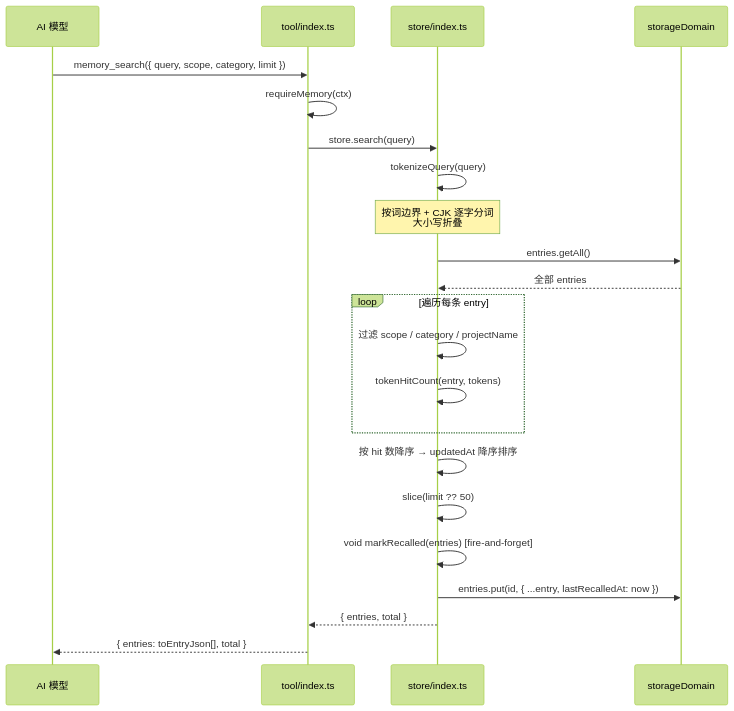
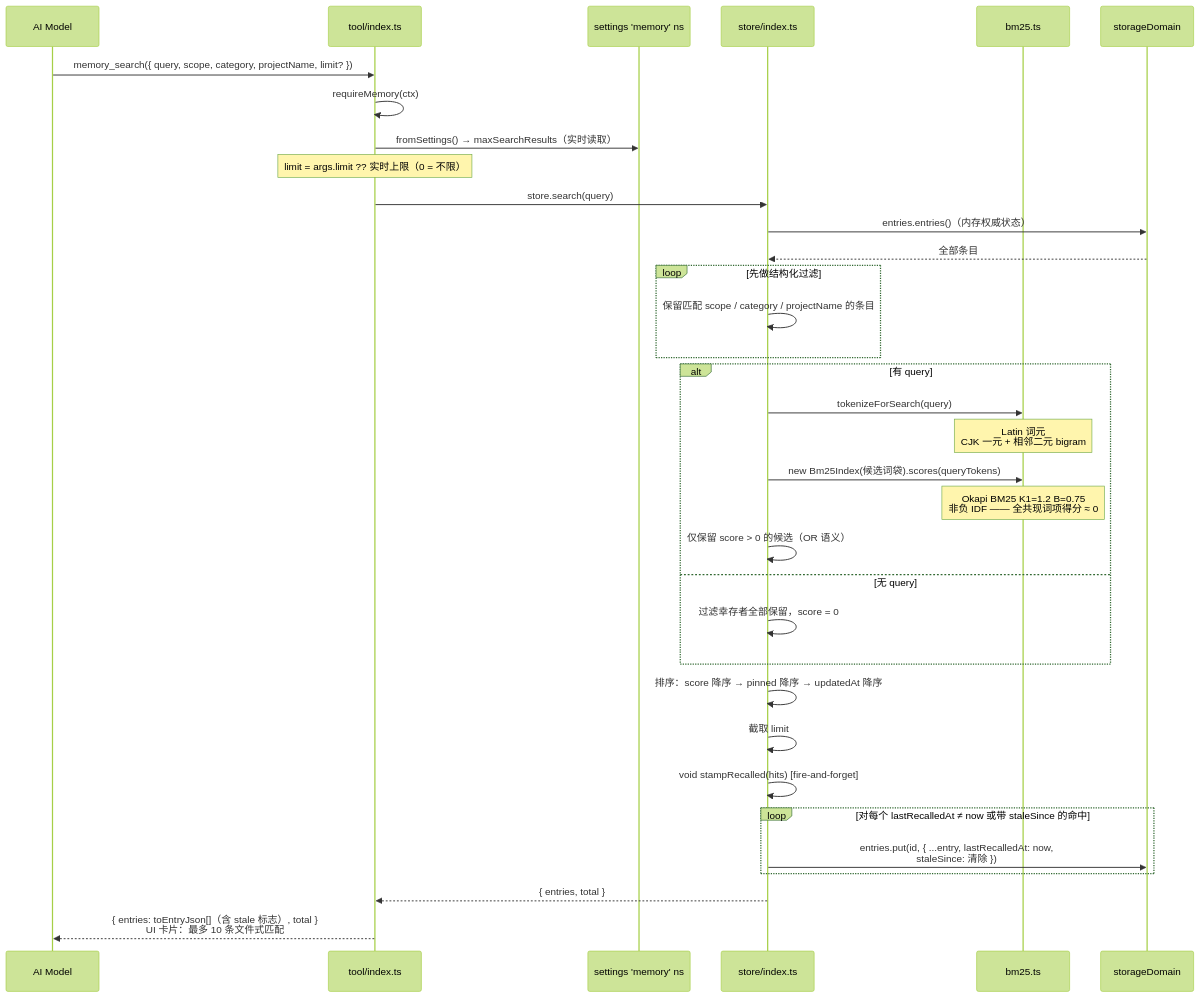
Before and after one commit to chenhw7/dsh-memory: the third of 14 diagrams in docs/SEQUENCE_DIAGRAMS.zh-CN.md, drawn with Mermaid (forest theme). The commit also changed other lines of this file and 5 other files, not shown here.

First line of the commit message:
docs: sync README / TECH_DESIGN / SEQUENCE_DIAGRAMS with the v0.3.0 implementation

````diff
--- a/docs/SEQUENCE_DIAGRAMS.zh-CN.md
+++ b/docs/SEQUENCE_DIAGRAMS.zh-CN.md
@@ -102,30 +108,42 @@
 ```mermaid
 sequenceDiagram
-    participant Model as AI 模型
+    participant Model as AI Model
     participant Tool as tool/index.ts
+    participant Settings as settings 'memory' ns
     participant Store as store/index.ts
+    participant BM25 as bm25.ts
     participant SD as storageDomain
 
-    Model->>Tool: memory_search({ query, scope, category, limit })
+    Model->>Tool: memory_search({ query, scope, category, projectName, limit? })
     Tool->>Tool: requireMemory(ctx)
+    Tool->>Settings: fromSettings() → maxSearchResults（实时读取）
+    Note over Tool: limit = args.limit ?? 实时上限（0 = 不限）
+
     Tool->>Store: store.search(query)
+    Store->>SD: entries.entries()（内存权威状态）
+    SD-->>Store: 全部条目
 
-    Store->>Store: tokenizeQuery(query)
-    Note over Store: 按词边界 + CJK 逐字分词<br/>大小写折叠
-
-    Store->>SD: entries.getAll()
-    SD-->>Store: 全部 entries
-
-    loop 遍历每条 entry
-        Store->>Store: 过滤 scope / category / projectName
-        Store->>Store: tokenHitCount(entry, tokens)
+    loop 先做结构化过滤
+        Store->>Store: 保留匹配 scope / category / projectName 的条目
     end
 
-    Store->>Store: 按 hit 数降序 → updatedAt 降序排序
-    Store->>Store: slice(limit ?? 50)
-    Store->>Store: void markRecalled(entries) [fire-and-forget]
-    Store->>SD: entries.put(id, { ...entry, lastRecalledAt: now })
+    alt 有 query
+        Store->>BM25: tokenizeForSearch(query)
+        Note over BM25: Latin 词元<br/>CJK 一元 + 相邻二元 bigram
+        Store->>BM25: new Bm25Index(候选词袋).scores(queryTokens)
+        Note over BM25: Okapi BM25 K1=1.2 B=0.75<br/>非负 IDF —— 全共现词项得分 ≈ 0
+        Store->>Store: 仅保留 score > 0 的候选（OR 语义）
+    else 无 query
+        Store->>Store: 过滤幸存者全部保留，score = 0
+    end
+
+    Store->>Store: 排序：score 降序 → pinned 降序 → updatedAt 降序
+    Store->>Store: 截取 limit
+    Store->>Store: void stampRecalled(hits) [fire-and-forget]
+    loop 对每个 lastRecalledAt ≠ now 或带 staleSince 的命中
+        Store->>SD: entries.put(id, { ...entry, lastRecalledAt: now,<br/>staleSince: 清除 })
+    end
 
     Store-->>Tool: { entries, total }
-    Tool-->>Model: { entries: toEntryJson[], total }
+    Tool-->>Model: { entries: toEntryJson[]（含 stale 标志）, total }<br/>UI 卡片：最多 10 条文件式匹配
 ```
````
